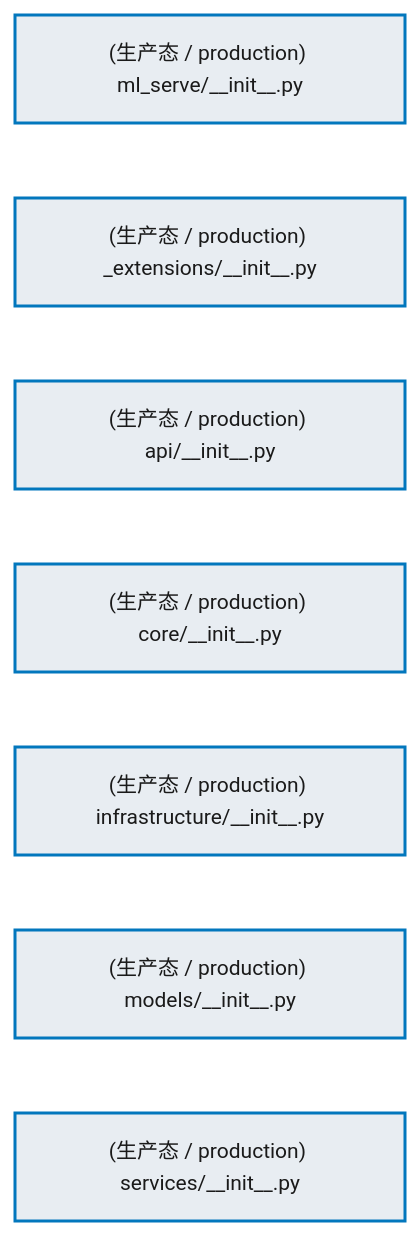
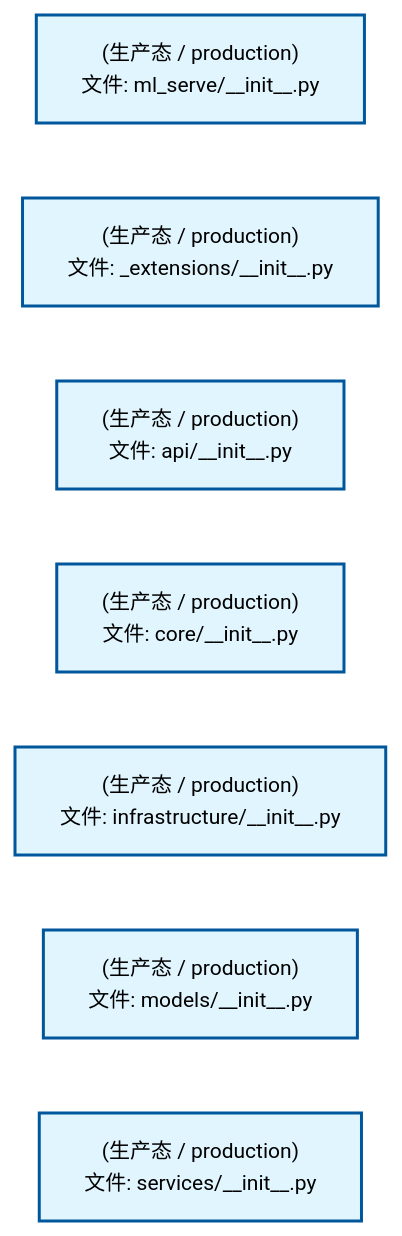
One commit to xuanFelixVan/ZephyrAlpha changed the second of 2 diagrams in docs/02_enterprise_architecture/02_domain_architecture_docs/60_d_ml_serve.md. Above: the diagram before and after it, drawn with Mermaid. The commit also changed other lines of this file and 75 other files, not shown here.

````diff
--- a/docs/02_enterprise_architecture/02_domain_architecture_docs/60_d_ml_serve.md
+++ b/docs/02_enterprise_architecture/02_domain_architecture_docs/60_d_ml_serve.md
@@ -96,22 +96,22 @@
 ```mermaid
 %%{init: {'theme': 'base', 'themeVariables': {'primaryColor': '#eaeaea', 'primaryTextColor': '#333333', 'primaryBorderColor': '#666666', 'lineColor': '#666666', 'secondaryColor': '#eaeaea', 'tertiaryColor': '#eaeaea', 'fontSize': '14px'}}}%%
 flowchart TD
-    src_zephyr_ml_serve_init_py["(生产态 / production) ml_serve/__init__.py"]
-    src_zephyr_ml_serve_extensions_init_py["(生产态 / production) _extensions/__init__.py"]
-    src_zephyr_ml_serve_api_init_py["(生产态 / production) api/__init__.py"]
-    src_zephyr_ml_serve_core_init_py["(生产态 / production) core/__init__.py"]
-    src_zephyr_ml_serve_infrastructure_init_py["(生产态 / production) infrastructure/__init__.py"]
-    src_zephyr_ml_serve_models_init_py["(生产态 / production) models/__init__.py"]
-    src_zephyr_ml_serve_services_init_py["(生产态 / production) services/__init__.py"]
+    src_zephyr_ml_serve_init_py["(生产态 / production)<br/>文件: ml_serve/__init__.py"]
+    src_zephyr_ml_serve_extensions_init_py["(生产态 / production)<br/>文件: _extensions/__init__.py"]
+    src_zephyr_ml_serve_api_init_py["(生产态 / production)<br/>文件: api/__init__.py"]
+    src_zephyr_ml_serve_core_init_py["(生产态 / production)<br/>文件: core/__init__.py"]
+    src_zephyr_ml_serve_infrastructure_init_py["(生产态 / production)<br/>文件: infrastructure/__init__.py"]
+    src_zephyr_ml_serve_models_init_py["(生产态 / production)<br/>文件: models/__init__.py"]
+    src_zephyr_ml_serve_services_init_py["(生产态 / production)<br/>文件: services/__init__.py"]
     src_zephyr_ml_serve_init_py ~~~ src_zephyr_ml_serve_extensions_init_py
     src_zephyr_ml_serve_extensions_init_py ~~~ src_zephyr_ml_serve_api_init_py
     src_zephyr_ml_serve_api_init_py ~~~ src_zephyr_ml_serve_core_init_py
     src_zephyr_ml_serve_core_init_py ~~~ src_zephyr_ml_serve_infrastructure_init_py
     src_zephyr_ml_serve_infrastructure_init_py ~~~ src_zephyr_ml_serve_models_init_py
     src_zephyr_ml_serve_models_init_py ~~~ src_zephyr_ml_serve_services_init_py
-    classDef production fill:#e8edf2,stroke:#0277bd,stroke-width:2px,color:#1a1a1a
-    classDef design fill:#f0ebe3,stroke:#bf360c,stroke-width:2px,color:#1a1a1a,stroke-dasharray: 5 5
-    classDef external_prod fill:#e8efe9,stroke:#1b5e20,stroke-width:1px,color:#1a1a1a
-    classDef external_design fill:#efe5ea,stroke:#880e4f,stroke-width:1px,color:#1a1a1a,stroke-dasharray: 5 5
+    classDef production fill:#e1f5fe,stroke:#01579b,stroke-width:2px,color:#000
+    classDef design fill:#fff3e0,stroke:#e65100,stroke-width:2px,color:#000,stroke-dasharray: 5 5
+    classDef external_prod fill:#e8f4fd,stroke:#0277bd,stroke-width:1px,color:#000
+    classDef external_design fill:#fff8e7,stroke:#ef6c00,stroke-width:1px,color:#000,stroke-dasharray: 5 5
     class src_zephyr_ml_serve_init_py,src_zephyr_ml_serve_extensions_init_py,src_zephyr_ml_serve_api_init_py,src_zephyr_ml_serve_core_init_py,src_zephyr_ml_serve_infrastructure_init_py,src_zephyr_ml_serve_models_init_py,src_zephyr_ml_serve_services_init_py production
 ```
````
